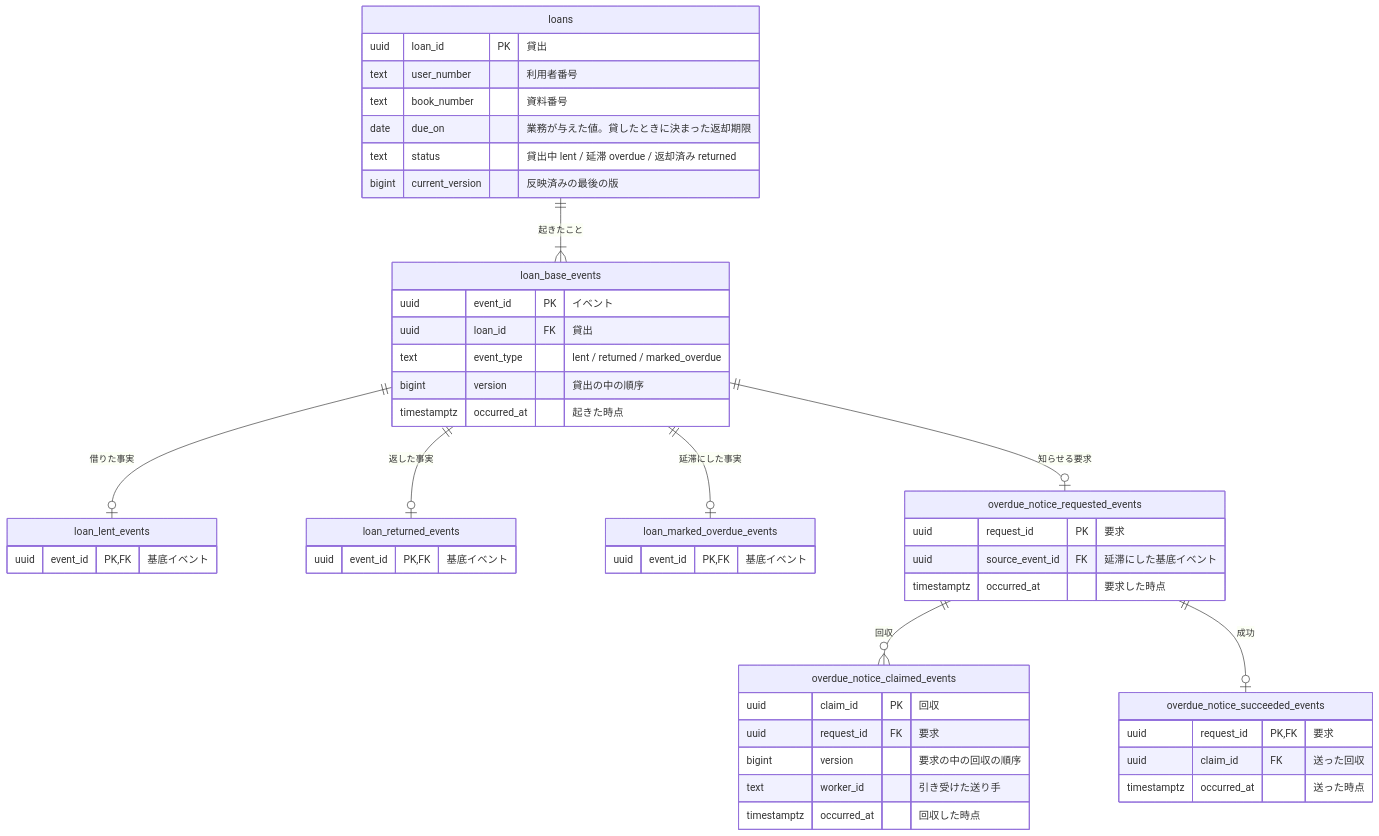
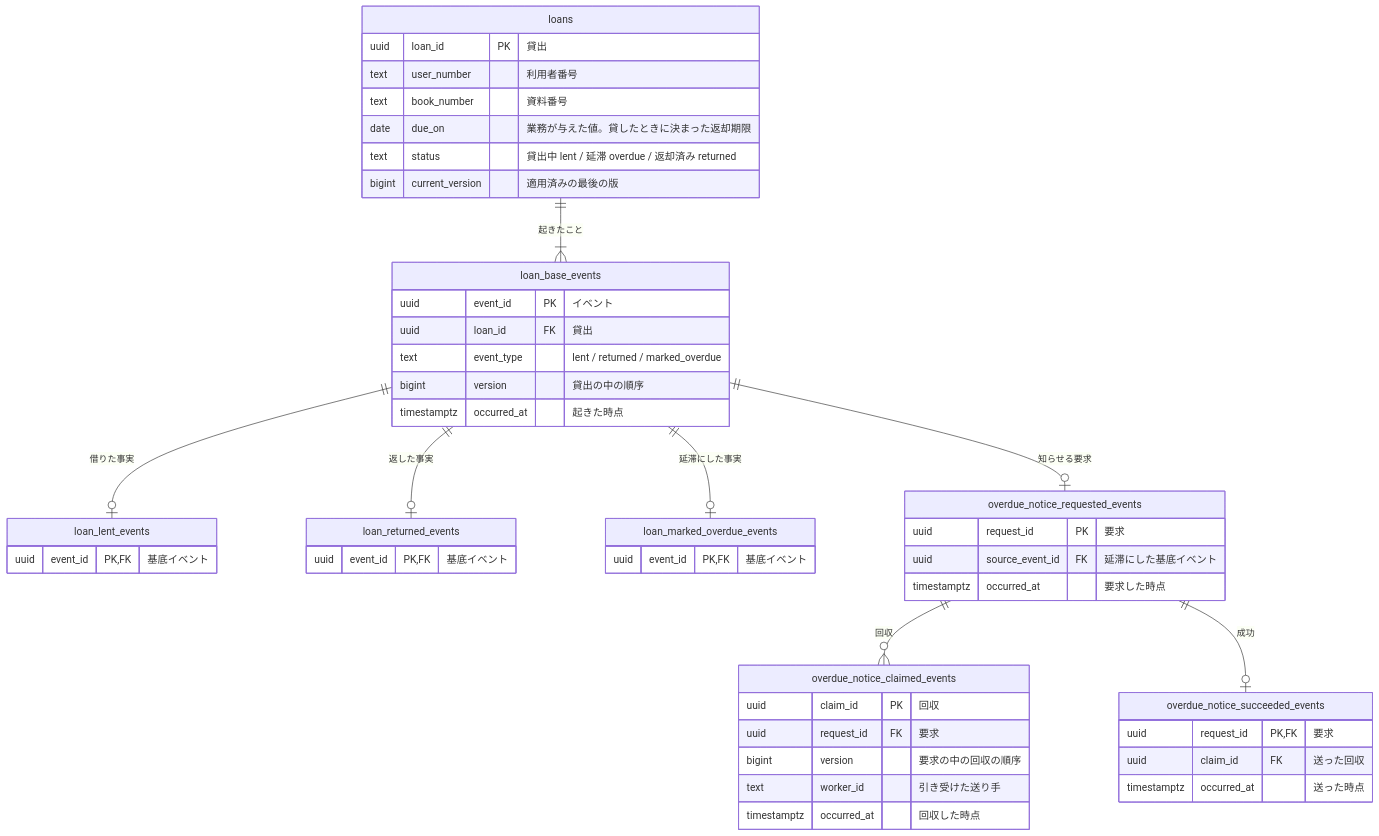
One commit to nakamori-naoya/write-doc-plugins changed the diagram in plugins/write-doc/skills/write-doc/assets/examples/command-data-model.example.md. Above: the diagram before and after it, drawn with Mermaid. The commit also changed other lines of this file and 6 other files, not shown here.

````diff
--- a/plugins/write-doc/skills/write-doc/assets/examples/command-data-model.example.md
+++ b/plugins/write-doc/skills/write-doc/assets/examples/command-data-model.example.md
@@ -30,51 +30,51 @@
 ```mermaid
 erDiagram
     loans {
         uuid loan_id PK "貸出"
         text user_number "利用者番号"
         text book_number "資料番号"
         date due_on "業務が与えた値。貸したときに決まった返却期限"
         text status "貸出中 lent / 延滞 overdue / 返却済み returned"
-        bigint current_version "反映済みの最後の版"
+        bigint current_version "適用済みの最後の版"
     }
     loan_base_events {
         uuid event_id PK "イベント"
         uuid loan_id FK "貸出"
         text event_type "lent / returned / marked_overdue"
         bigint version "貸出の中の順序"
         timestamptz occurred_at "起きた時点"
     }
     loan_lent_events {
         uuid event_id PK, FK "基底イベント"
     }
     loan_returned_events {
         uuid event_id PK, FK "基底イベント"
     }
     loan_marked_overdue_events {
         uuid event_id PK, FK "基底イベント"
     }
     overdue_notice_requested_events {
         uuid request_id PK "要求"
         uuid source_event_id FK "延滞にした基底イベント"
         timestamptz occurred_at "要求した時点"
     }
     overdue_notice_claimed_events {
         uuid claim_id PK "回収"
         uuid request_id FK "要求"
         bigint version "要求の中の回収の順序"
         text worker_id "引き受けた送り手"
         timestamptz occurred_at "回収した時点"
     }
     overdue_notice_succeeded_events {
         uuid request_id PK, FK "要求"
         uuid claim_id FK "送った回収"
         timestamptz occurred_at "送った時点"
     }
     loans ||--|{ loan_base_events : "起きたこと"
     loan_base_events ||--o| loan_lent_events : "借りた事実"
     loan_base_events ||--o| loan_returned_events : "返した事実"
     loan_base_events ||--o| loan_marked_overdue_events : "延滞にした事実"
     loan_base_events ||--o| overdue_notice_requested_events : "知らせる要求"
     overdue_notice_requested_events ||--o{ overdue_notice_claimed_events : "回収"
     overdue_notice_requested_events ||--o| overdue_notice_succeeded_events : "成功"
 ```
````
